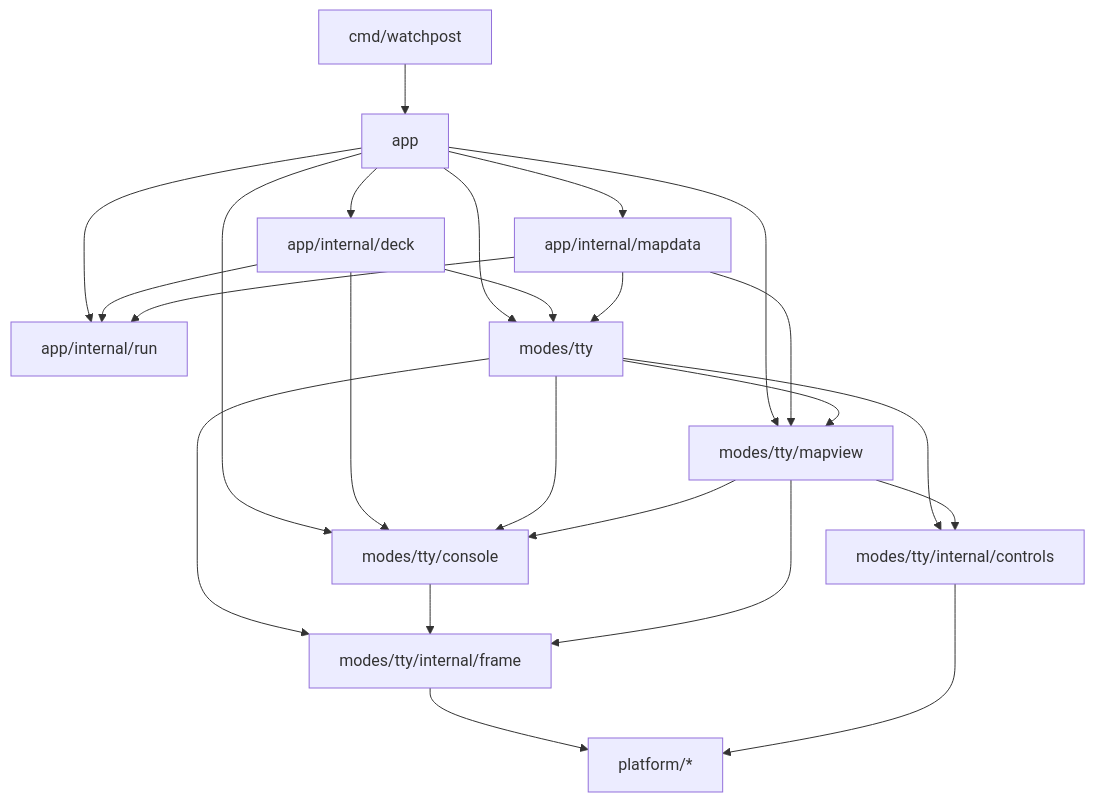
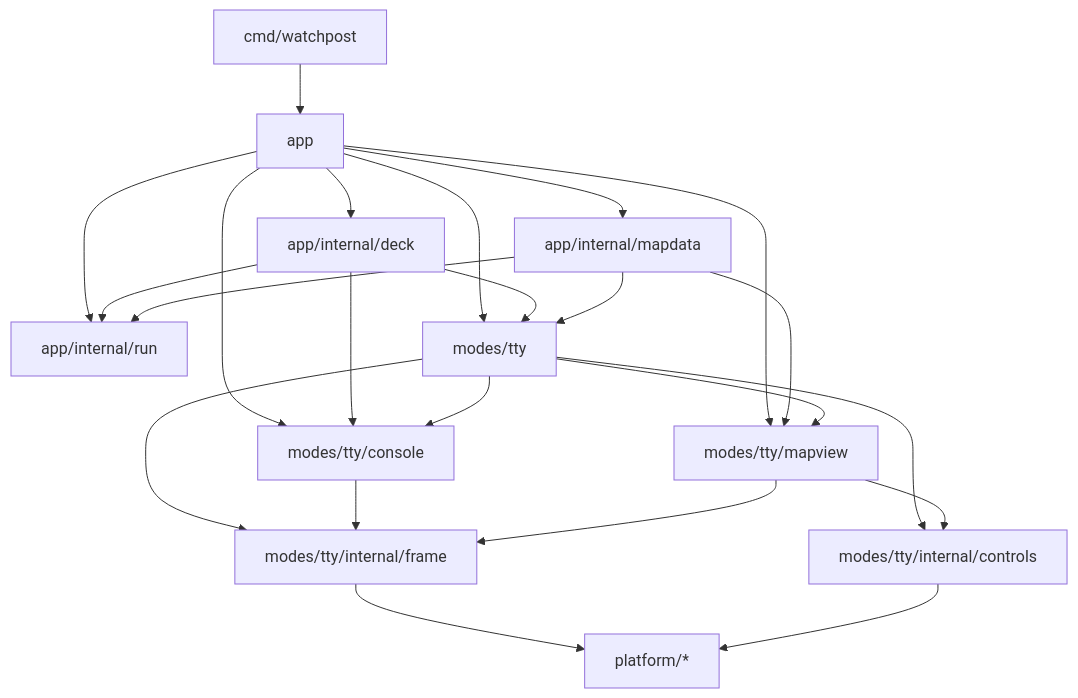
One commit to branden-thompson/watchpost changed the first of 3 diagrams in 06_docs/02_features/0.19.6-re-architecting/03-architecture-design/architecture.md. Above: the diagram before and after it, drawn with Mermaid. The commit also changed other lines of this file and 19 other files, not shown here.

````diff
--- a/06_docs/02_features/0.19.6-re-architecting/03-architecture-design/architecture.md
+++ b/06_docs/02_features/0.19.6-re-architecting/03-architecture-design/architecture.md
@@ -41,26 +41,25 @@
 ```mermaid
 flowchart TD
   CMD[cmd/watchpost] --> APP[app]
   APP --> DECK[app/internal/deck]
   APP --> MAPDATA[app/internal/mapdata]
   APP --> RUN[app/internal/run]
   DECK --> RUN
   MAPDATA --> RUN
   APP --> TTY[modes/tty]
   DECK --> TTY
   MAPDATA --> TTY
   APP --> CONSOLE[modes/tty/console]
   APP --> MAPVIEW[modes/tty/mapview]
   DECK --> CONSOLE
   MAPDATA --> MAPVIEW
   TTY --> CONSOLE
   TTY --> MAPVIEW
   TTY --> FRAME[modes/tty/internal/frame]
   TTY --> CONTROLS[modes/tty/internal/controls]
   CONSOLE --> FRAME
   MAPVIEW --> FRAME
   MAPVIEW --> CONTROLS
-  MAPVIEW --> CONSOLE
   FRAME --> PLATFORM[platform/*]
   CONTROLS --> PLATFORM
 ```
````
